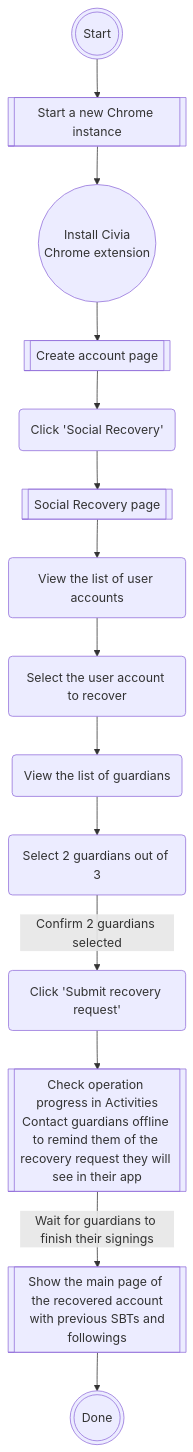
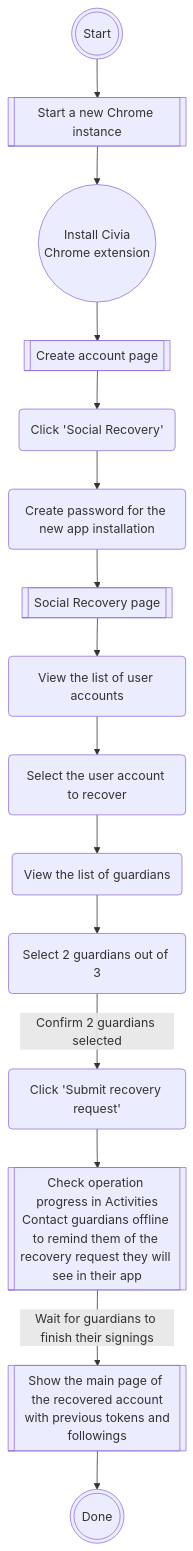
One commit to civia-code/plugin-demo changed the fourth of 4 diagrams in civia_workflow/demo-flow.mm.md. Above: the diagram before and after it, drawn with Mermaid. The commit also changed other lines of this file, not shown here.

Commit message:
Add files via upload
workflow update

````diff
--- a/civia_workflow/demo-flow.mm.md
+++ b/civia_workflow/demo-flow.mm.md
@@ -83,23 +83,24 @@
 ```Mermaid
 
 flowchart TB
 
     Start(((Start)))-->runNewChrome[[Start a new Chrome instance]]
     runNewChrome-->installCivia((Install Civia<br> Chrome extension))
     installCivia-->LoginPage[[Create account page]]
     LoginPage-->clickSocialRecovery(Click 'Social Recovery')
-    clickSocialRecovery-->SocialRecoveryPage[[Social Recovery page]]
+    clickSocialRecovery-->setNewPassword(Create password for the new app installation)
+    setNewPassword-->SocialRecoveryPage[[Social Recovery page]]
 
     SocialRecoveryPage-->inputUserId(View the list of user accounts)
     inputUserId-->clickUser(Select the user account to recover)
 
     clickUser-->inputGuardians(View the list of guardians)
     inputGuardians-->clickGuardians(Select 2 guardians out of 3)
 
     clickGuardians-->|Confirm 2 guardians selected|clickSubmit(Click 'Submit recovery request')
     clickSubmit-->ProgressPage[[Check operation progress in Activities<br>Contact guardians offline to remind them of the recovery request they will see in their app]]
 
-    ProgressPage-->|Wait for guardians to finish their signings|HomePageOwner[[Show the main page of the recovered account<br> with previous SBTs and followings]]
+    ProgressPage-->|Wait for guardians to finish their signings|HomePageOwner[[Show the main page of the recovered account<br> with previous tokens and followings]]
     HomePageOwner-->Done(((Done)))
 
 ```
````
